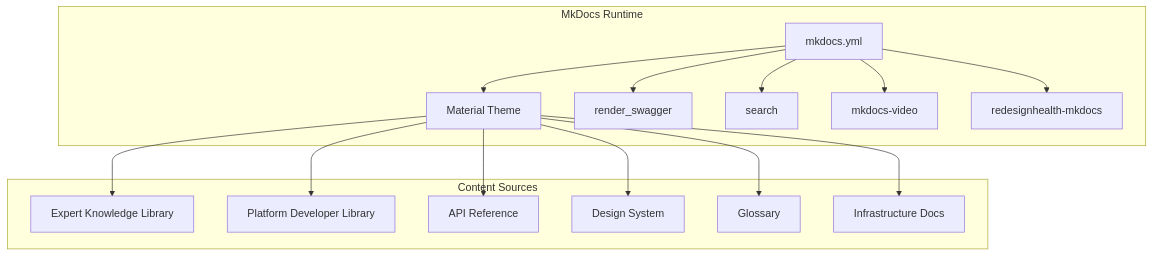
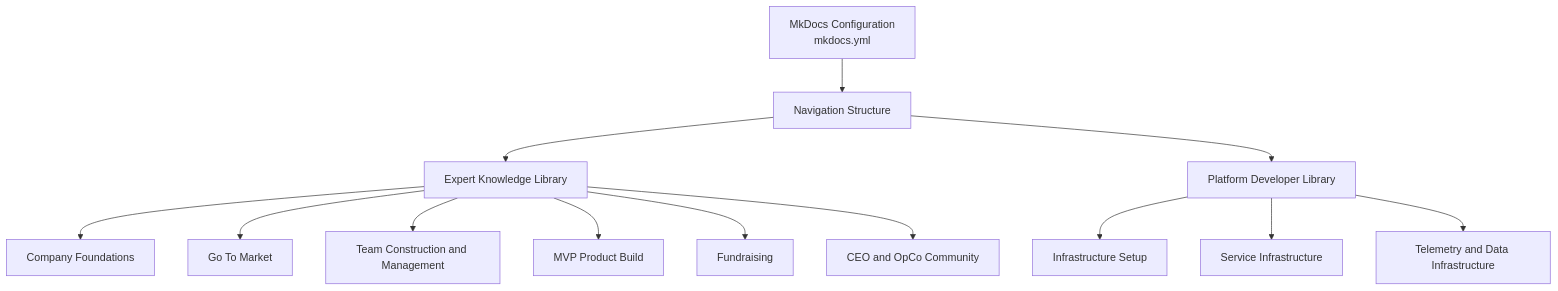
Before and after one commit to effinrich/rh-nx-monorepo: the diagram in .qoder/repowiki/en/content/Documentation System.md, drawn with Mermaid. The commit also changed other lines of this file and 130 other files, not shown here.

````diff
--- a/.qoder/repowiki/en/content/Documentation System.md
+++ b/.qoder/repowiki/en/content/Documentation System.md
@@ -84,30 +70,15 @@
 ```mermaid
 graph TB
-subgraph "MkDocs Runtime"
-CFG["mkdocs.yml"]
-THEME["Material Theme"]
-PLUG1["render_swagger"]
-PLUG2["search"]
-PLUG3["mkdocs-video"]
-PLUG4["redesignhealth-mkdocs"]
-end
-subgraph "Content Sources"
-EKL["Expert Knowledge Library"]
-PDL["Platform Developer Library"]
-API["API Reference"]
-DS["Design System"]
-GL["Glossary"]
-INF["Infrastructure Docs"]
-end
-CFG --> THEME
-CFG --> PLUG1
-CFG --> PLUG2
-CFG --> PLUG3
-CFG --> PLUG4
-THEME --> EKL
-THEME --> PDL
-THEME --> API
-THEME --> DS
-THEME --> GL
-THEME --> INF
+A["MkDocs Configuration<br/>mkdocs.yml"] --> B["Navigation Structure"]
+B --> C["Expert Knowledge Library"]
+B --> D["Platform Developer Library"]
+C --> E["Company Foundations"]
+C --> F["Go To Market"]
+C --> G["Team Construction and Management"]
+C --> H["MVP Product Build"]
+C --> I["Fundraising"]
+C --> J["CEO and OpCo Community"]
+D --> K["Infrastructure Setup"]
+D --> L["Service Infrastructure"]
+D --> M["Telemetry and Data Infrastructure"]
 ```
````
